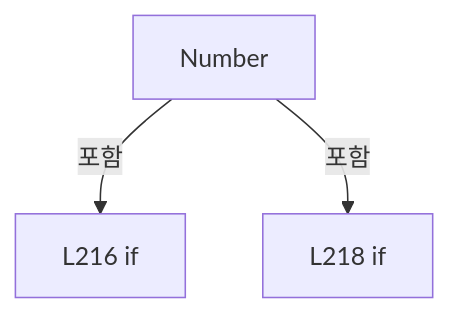
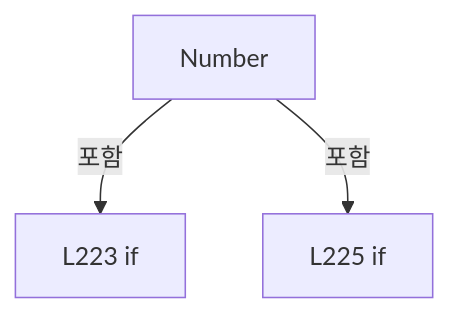
Before and after one commit to kjuws10-rgb/Shared: the ninth of 11 diagrams in A3 LD Code Ref/files/Drilling.Common/Managers/CSettingManager.cs.md, drawn with Mermaid. The commit also changed other lines of this file and 2071 other files, not shown here.

Commit message:
docs(a3): update 11.19.0 architecture and code reference

````diff
--- a/A3 LD Code Ref/files/Drilling.Common/Managers/CSettingManager.cs.md
+++ b/A3 LD Code Ref/files/Drilling.Common/Managers/CSettingManager.cs.md
@@ -1769,8 +1817,8 @@
 ```mermaid
 flowchart TD
  M["Number"]
- N0["L216 if"]
+ N0["L223 if"]
  M -->|포함| N0
- N1["L218 if"]
+ N1["L225 if"]
  M -->|포함| N1
 ```
````
